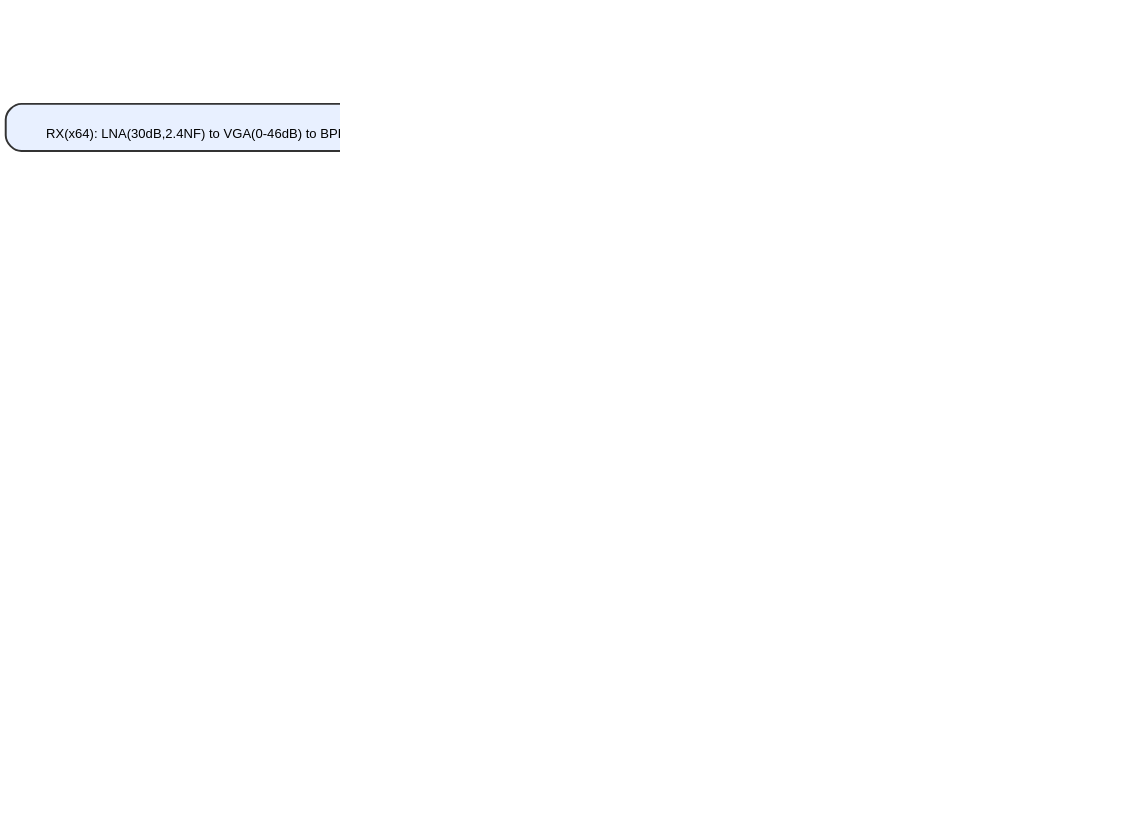
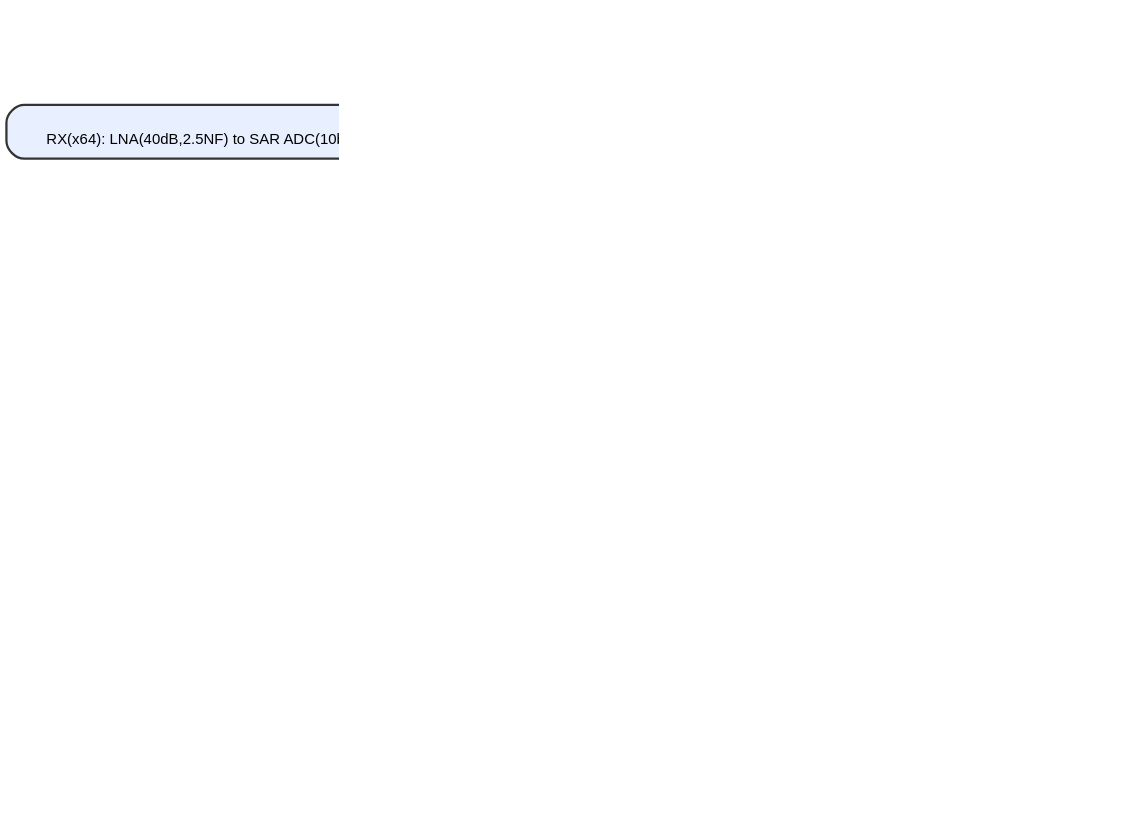
One commit to wuhannus/lunahan_ultrasound_ASIC changed the diagram in figures_graphviz/fig2_final.dot. Above: the diagram before and after it, drawn with Graphviz. The commit also changed 28 other files, not shown here.

First line of the commit message:
Remove BPF/VGA from system architecture: LNA feeds SAR ADC directly

```diff
--- a/figures_graphviz/fig2_final.dot
+++ b/figures_graphviz/fig2_final.dot
@@ -1,24 +1,24 @@
 digraph G {
     dpi=250;
     fontname="Helvetica";
     bgcolor=white;
     size="7.5,5.625";
     ratio=fill;
     pad=0.05;
     nodesep=0.15;
     ranksep=0.2;
     node [shape=box, style="rounded,filled", fontname="Helvetica", fontsize=10, penwidth=1.5, margin="0.06,0.04"];
     edge [fontname="Helvetica", fontsize=8, penwidth=1.5, arrowsize=0.8, color="#333333"];
 
     rankdir=TB;
     label="Ultrasound ASIC System Architecture (sky130 PDK)";
     labelloc=t; fontsize=11;
     node [fillcolor=white, color="#333333"];
-    afe [label="ANALOG FRONT-END\nRX(x64): LNA(30dB,2.4NF) to VGA(0-46dB) to BPF(40k) to ADC(10b,9.6ENOB,1.2MS/s) | TX: UERTX H-Bridge+CSTORE (44.2pct saving) [1] | PMU: Boost(6-14V)+LDOx2(1.8V,78pct eff)", width=4.0, fillcolor="#e8f0ff"];
+    afe [label="ANALOG FRONT-END\nRX(x64): LNA(40dB,2.5NF) to SAR ADC(10b,9.6ENOB,1.2MS/s) | TX: UERTX H-Bridge+CSTORE (44.2pct saving) [1] | PMU: Boost(6-14V)+LDOx2(1.8V,78pct eff)", width=4.0, fillcolor="#e8f0ff"];
     digital [label="DIGITAL CONTROLLER\nRISC-V RV32IMC: 5-stage,48MHz,18.2mW, I/D-Cache 4KB | Periph: TX Ctrl,RX Ctrl,PMU Ctrl\nPV-RXBF [2]: 64ch delay-sum beamformer, 32x32 grid, 24fps, approx 10 MFP/s", width=4.0, fillcolor="#fff0e0"];
     clock [label="CLOCK + I/O\nPLL: 16MHz to 50MHz(sys)+1.2MHz(ADC), Lock 28.4us, Jitter 38.2ps RMS, Power 2.0mW\nExt: AXI4-Lite, UART 115200, SPI, GPIO 16b | Transducers: 4x4 arrays x4 directions", width=4.0, fillcolor="#f0ffe0"];
     afe -> digital [color="#2255aa", penwidth=2, label="ADC data"];
     digital -> clock [color="#2255aa", penwidth=2, label="Control"];
     clock -> afe [color="#2255aa", style=dashed, penwidth=1.5, label="Clock dist"];
 
 }
```
